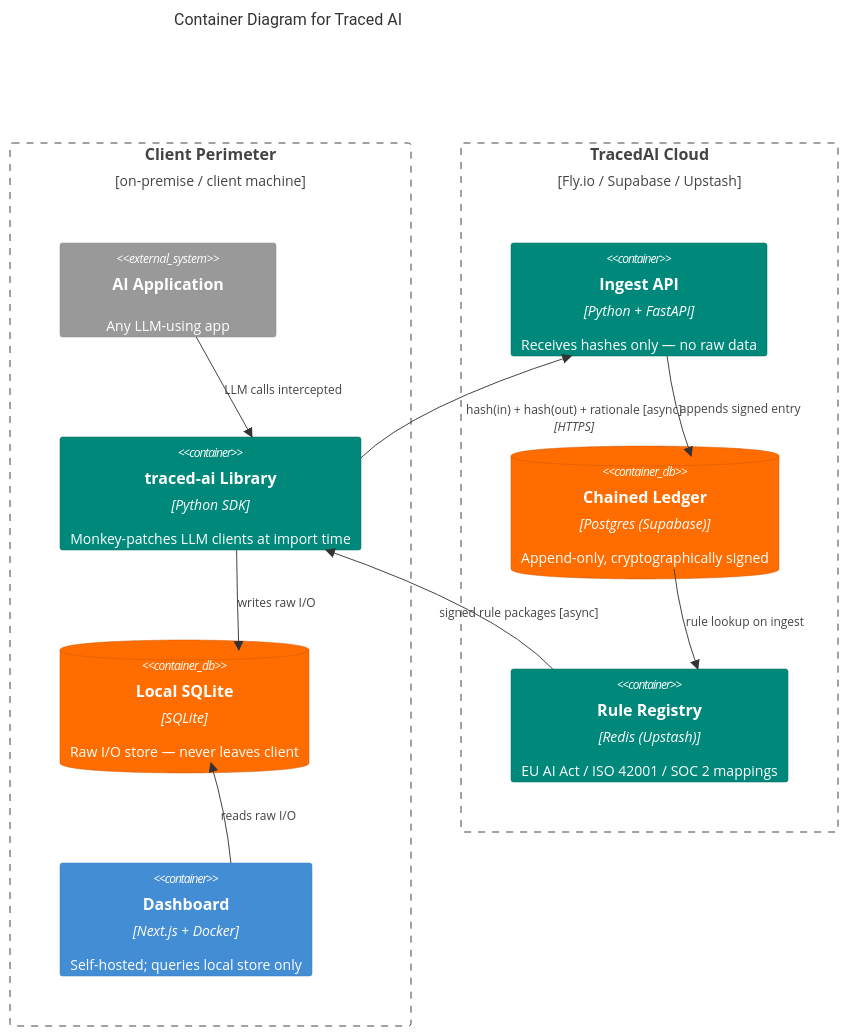
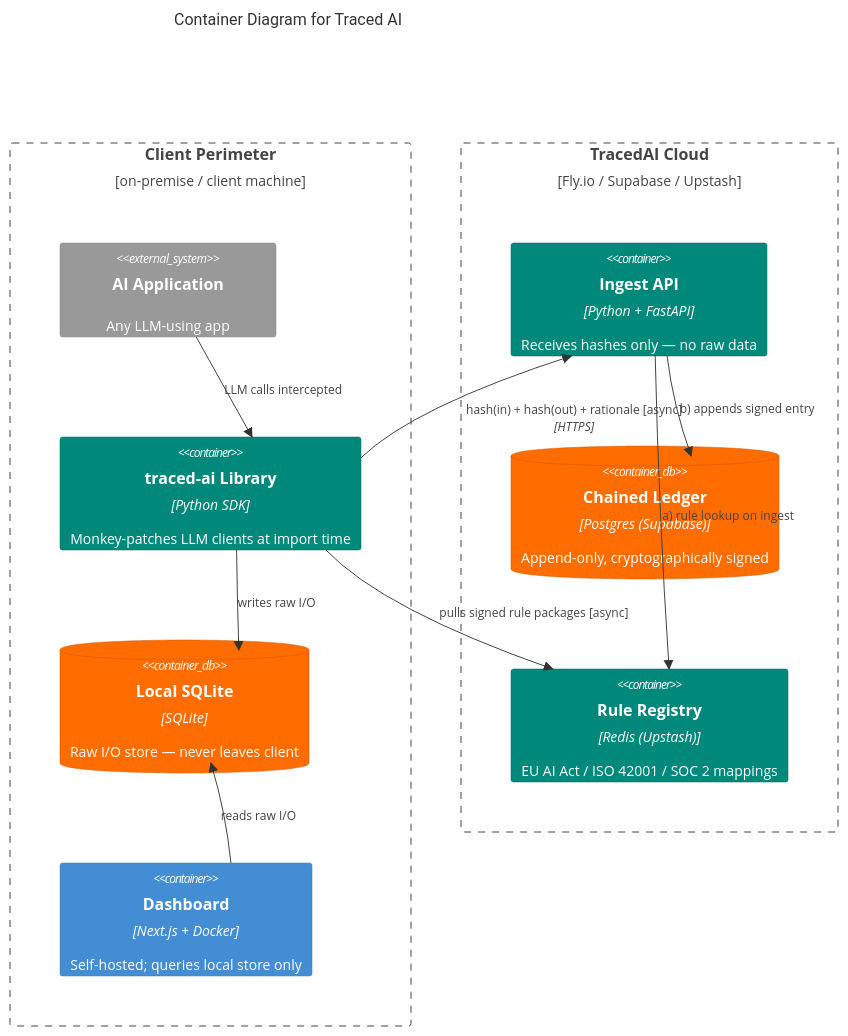
Before and after one commit to cmin764/portfolio: the diagram in src/diagrams/traced-ai.md, drawn with Mermaid. The commit also changed 3 other files, not shown here.

Commit message:
traced-ai: fix ingest flow, add diagram SVG and Excalidraw link

````diff
--- a/src/diagrams/traced-ai.md
+++ b/src/diagrams/traced-ai.md
@@ -10,34 +10,34 @@
 ```mermaid
 C4Container
   title Container Diagram for Traced AI
 
   Boundary(client, "Client Perimeter", "on-premise / client machine") {
     System_Ext(aiapp, "AI Application", "Any LLM-using app")
     Container(lib, "traced-ai Library", "Python SDK", "Monkey-patches LLM clients at import time")
     ContainerDb(sqlite, "Local SQLite", "SQLite", "Raw I/O store — never leaves client")
     Container(dash, "Dashboard", "Next.js + Docker", "Self-hosted; queries local store only")
   }
 
   Boundary(cloud, "TracedAI Cloud", "Fly.io / Supabase / Upstash") {
     Container(ingest, "Ingest API", "Python + FastAPI", "Receives hashes only — no raw data")
     ContainerDb(ledger, "Chained Ledger", "Postgres (Supabase)", "Append-only, cryptographically signed")
     Container(rules, "Rule Registry", "Redis (Upstash)", "EU AI Act / ISO 42001 / SOC 2 mappings")
   }
 
   Rel(aiapp, lib, "LLM calls intercepted")
   Rel(lib, sqlite, "writes raw I/O")
   Rel(lib, ingest, "hash(in) + hash(out) + rationale [async]", "HTTPS")
-  Rel(ingest, ledger, "appends signed entry")
-  Rel(ledger, rules, "rule lookup on ingest")
-  Rel(rules, lib, "signed rule packages [async]")
+  Rel(ingest, rules, "a) rule lookup on ingest")
+  Rel(ingest, ledger, "b) appends signed entry")
+  Rel(lib, rules, "pulls signed rule packages [async]")
   Rel(dash, sqlite, "reads raw I/O")
 
   UpdateLayoutConfig($c4ShapeInRow="4", $c4BoundaryInRow="2")
 
   UpdateElementStyle(lib, $fontColor="#FFFFFF", $bgColor="#00897B", $borderColor="#006B5E")
   UpdateElementStyle(dash, $fontColor="#FFFFFF", $bgColor="#438DD5", $borderColor="#3C7FC0")
   UpdateElementStyle(sqlite, $fontColor="#FFFFFF", $bgColor="#FF6D00", $borderColor="#CC5700")
   UpdateElementStyle(ingest, $fontColor="#FFFFFF", $bgColor="#00897B", $borderColor="#006B5E")
   UpdateElementStyle(ledger, $fontColor="#FFFFFF", $bgColor="#FF6D00", $borderColor="#CC5700")
   UpdateElementStyle(rules, $fontColor="#FFFFFF", $bgColor="#00897B", $borderColor="#006B5E")
 ```
````
